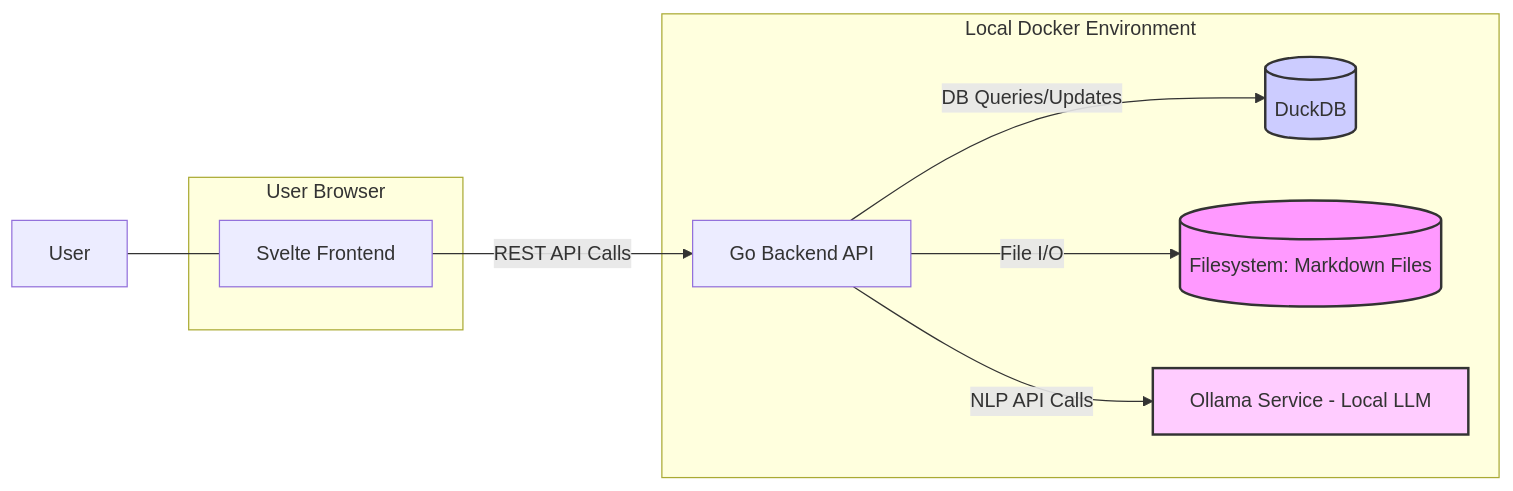
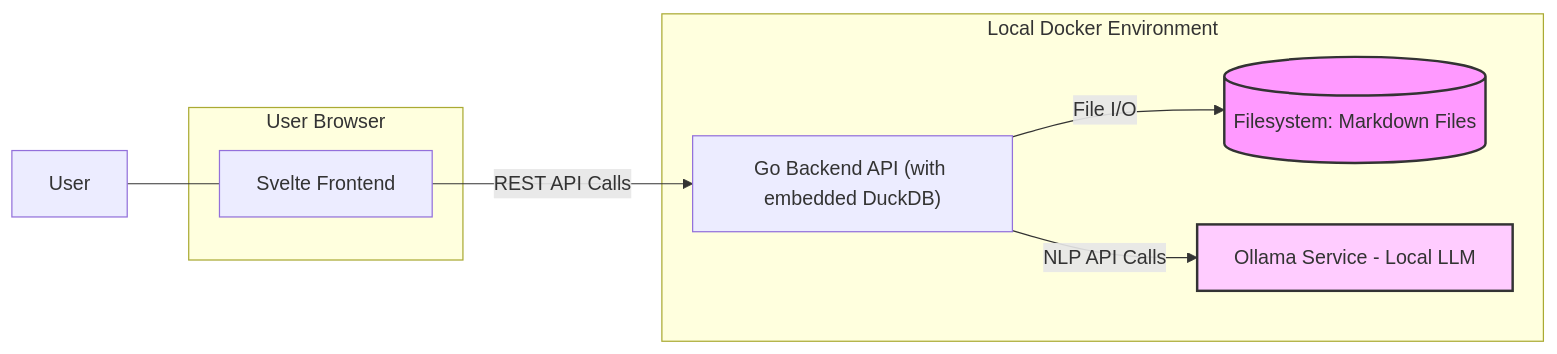
The first of 2 diagrams in docs/project_requirements_document.md (jeepinbird/second-brain), drawn with Mermaid before and after one commit. The commit also changed other lines of this file, not shown here.

````diff
--- a/docs/project_requirements_document.md
+++ b/docs/project_requirements_document.md
@@ -118,23 +128,20 @@
 ```mermaid
 graph LR
     subgraph User Browser
-        Frontend[Svelte Frontend]
+        Frontend["Svelte Frontend"]
     end
 
     subgraph Local Docker Environment
-        Backend[Go Backend API]
-        DB[(DuckDB)]
+        Backend["Go Backend API (with embedded DuckDB)"]
         FS[(Filesystem: Markdown Files)]
-        NLP[Ollama Service - Local LLM]
+        NLP["Ollama Service - Local LLM"]
     end
 
     User --- Frontend
     Frontend -- REST API Calls --> Backend
     Backend -- File I/O --> FS
-    Backend -- DB Queries/Updates --> DB
     Backend -- NLP API Calls --> NLP
 
     style FS fill:#f9f,stroke:#333,stroke-width:2px
-    style DB fill:#ccf,stroke:#333,stroke-width:2px
     style NLP fill:#fcf,stroke:#333,stroke-width:2px
 ```
````
